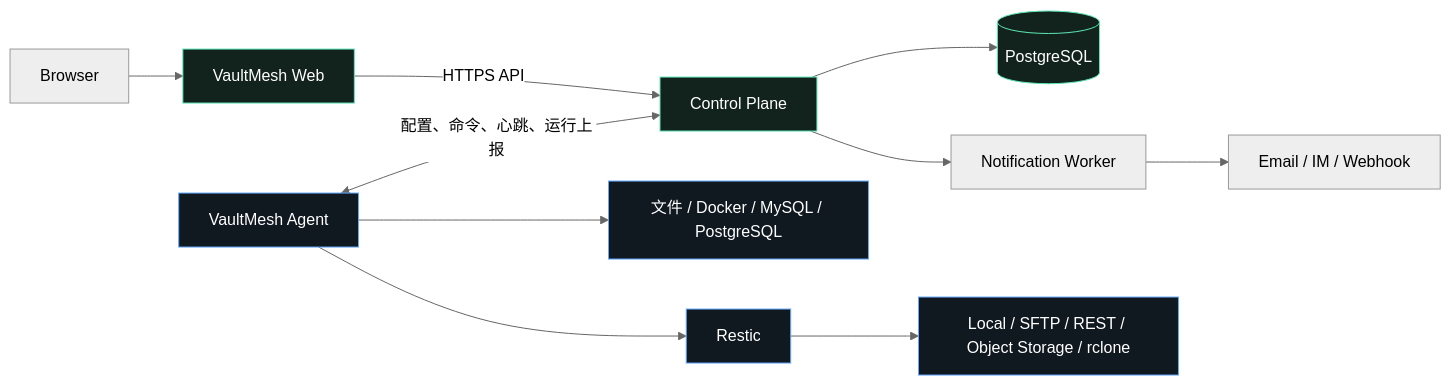
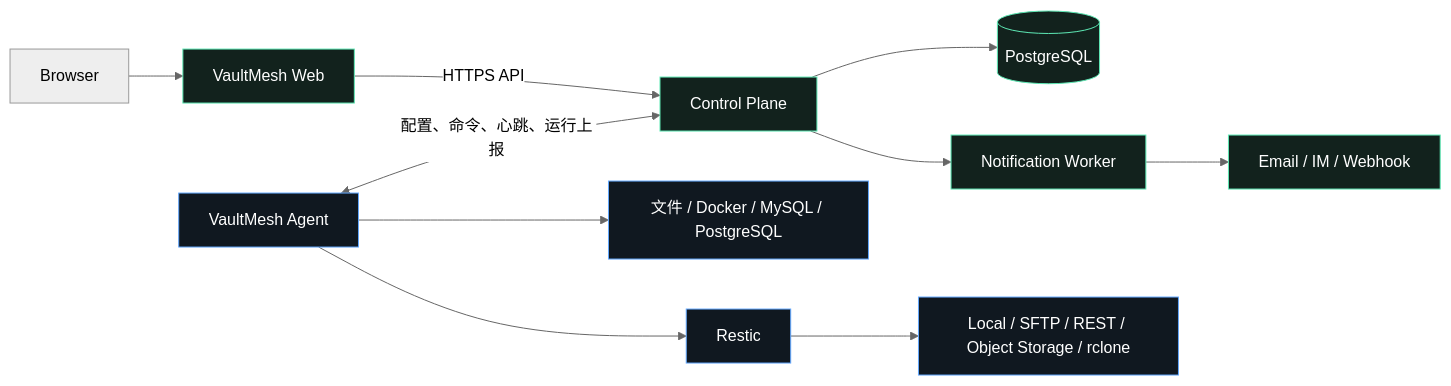
Before and after one commit to to-alan/VaultMesh: the diagram in README.md, drawn with Mermaid (neutral theme). The commit also changed other lines of this file and 3 other files, not shown here.

First line of the commit message:
docs: add architecture guide, contributing guide, changelog; surface quick start

````diff
--- a/README.md
+++ b/README.md
@@ -63,18 +132,18 @@
 ```mermaid
 flowchart LR
     B["Browser"] --> W["VaultMesh Web"]
     W -->|"HTTPS API"| C["Control Plane"]
     C --> P[("PostgreSQL")]
     C --> N["Notification Worker"]
     N --> T["Email / IM / Webhook"]
 
     A["VaultMesh Agent"] <-->|"配置、命令、心跳、运行上报"| C
     A --> S["文件 / Docker / MySQL / PostgreSQL"]
     A --> R["Restic"]
     R --> O["Local / SFTP / REST / Object Storage / rclone"]
 
     classDef control fill:#12221d,stroke:#5ee9b5,color:#ffffff;
     classDef data fill:#101820,stroke:#62a8ff,color:#ffffff;
-    class C,W,P control;
+    class C,W,P,N,T control;
     class A,S,R,O data;
 ```
````
